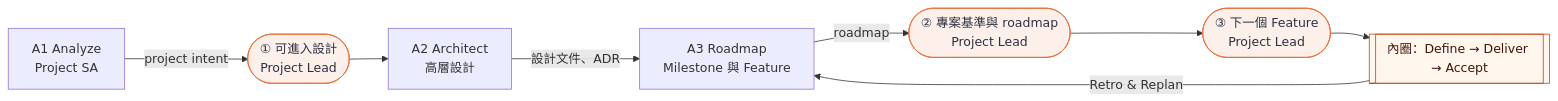
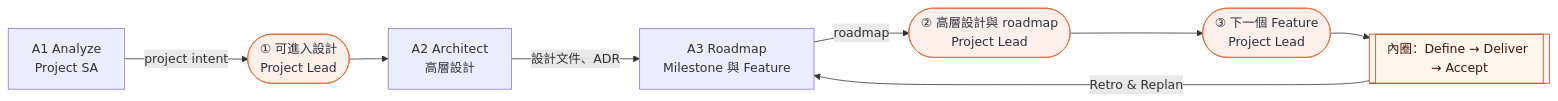
One commit to ellis429/loop-engineering changed the second of 3 diagrams in docs/guide/user-guide.md. Above: the diagram before and after it, drawn with Mermaid. The commit also changed other lines of this file and 1 other file, not shown here.

First line of the commit message:
docs: name the outer-loop documents instead of a project baseline

````diff
--- a/docs/guide/user-guide.md
+++ b/docs/guide/user-guide.md
@@ -97,13 +97,13 @@
 ```mermaid
 flowchart LR
   A1["A1 Analyze<br/>Project SA"] -->|project intent| G1(["① 可進入設計<br/>Project Lead"])
   G1 --> A2["A2 Architect<br/>高層設計"]
   A2 -->|設計文件、ADR| A3["A3 Roadmap<br/>Milestone 與 Feature"]
-  A3 -->|roadmap| G2(["② 專案基準與 roadmap<br/>Project Lead"])
+  A3 -->|roadmap| G2(["② 高層設計與 roadmap<br/>Project Lead"])
   G2 --> G3(["③ 下一個 Feature<br/>Project Lead"])
   G3 --> IN[["內圈：Define → Deliver → Accept"]]
   IN -->|Retro & Replan| A3
   classDef gate fill:#fdf0ea,stroke:#eb6c36,color:#2d3142
   class G1,G2,G3 gate
   style IN fill:#fff7ed,stroke:#c2410c,color:#431407
 ```
````
